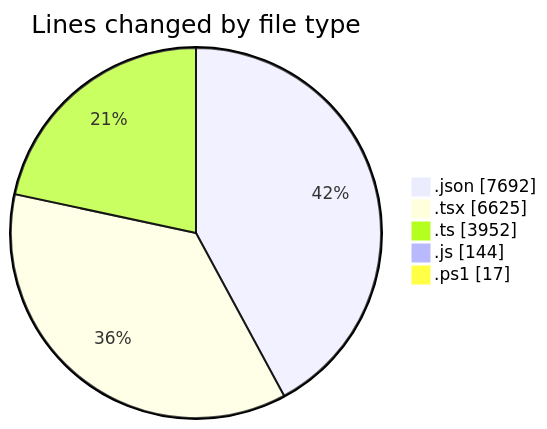
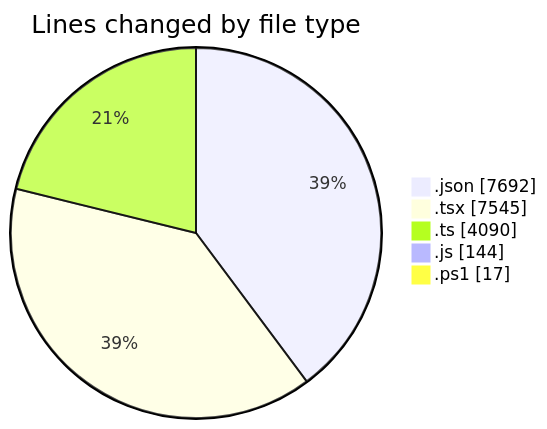
One commit to CELIANVF/code-tracking changed the first of 2 diagrams in 2025-06-10/ecodeli-1/README.md. Above: the diagram before and after it, drawn with Mermaid. The commit also changed other lines of this file and 1 other file, not shown here.

````diff
--- a/2025-06-10/ecodeli-1/README.md
+++ b/2025-06-10/ecodeli-1/README.md
@@ -54,9 +60,9 @@
 ```mermaid
 pie showData
 title Lines changed by file type
 ".json" : 7692
-".tsx" : 6625
-".ts" : 3952
+".tsx" : 7545
+".ts" : 4090
 ".js" : 144
 ".ps1" : 17
 ```
````
